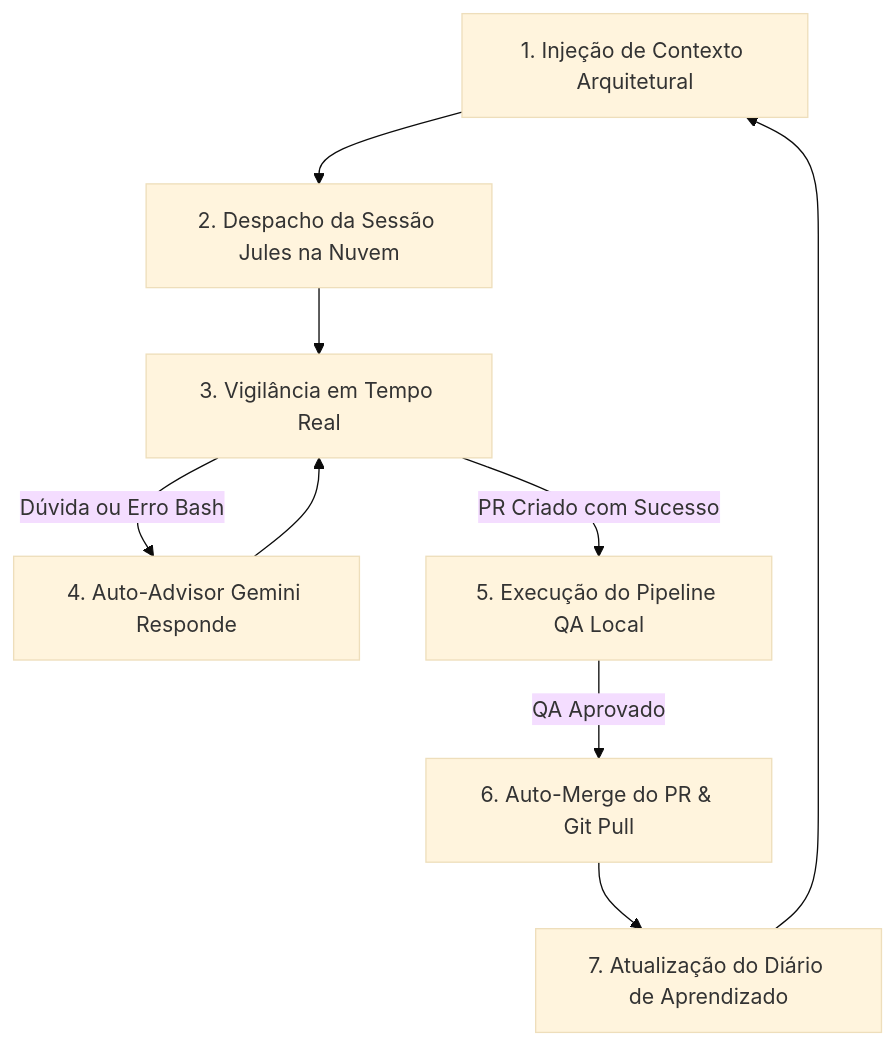
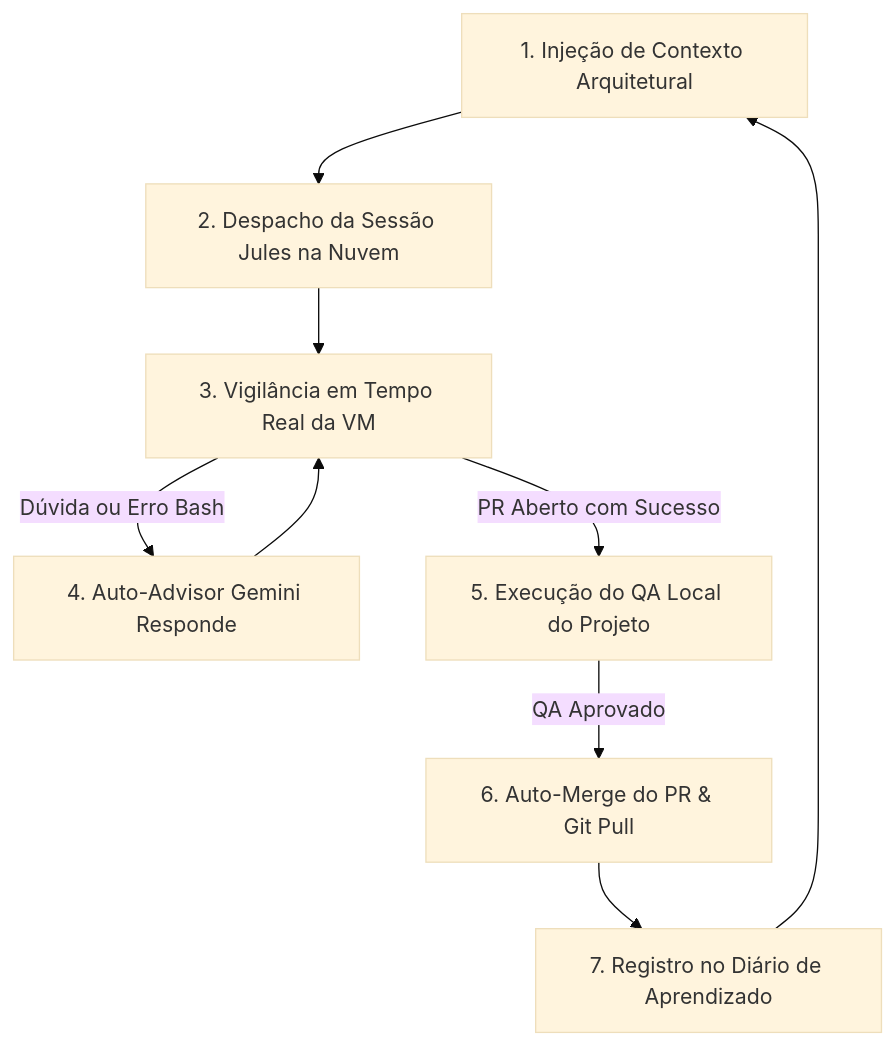
The diagram in .agents/skills/amb-autonomous-pipeline/SKILL.md (DiogoLuisHS/amb_v2), drawn with Mermaid (base theme) before and after one commit. The commit also changed other lines of this file and 8 other files, not shown here.

````diff
--- a/.agents/skills/amb-autonomous-pipeline/SKILL.md
+++ b/.agents/skills/amb-autonomous-pipeline/SKILL.md
@@ -23,11 +25,11 @@
 ```mermaid
 graph TD
     A[1. Injeção de Contexto Arquitetural] --> B[2. Despacho da Sessão Jules na Nuvem]
-    B --> C[3. Vigilância em Tempo Real]
+    B --> C[3. Vigilância em Tempo Real da VM]
     C -->|Dúvida ou Erro Bash| D[4. Auto-Advisor Gemini Responde]
     D --> C
-    C -->|PR Criado com Sucesso| E[5. Execução do Pipeline QA Local]
+    C -->|PR Aberto com Sucesso| E[5. Execução do QA Local do Projeto]
     E -->|QA Aprovado| F[6. Auto-Merge do PR & Git Pull]
-    F --> G[7. Atualização do Diário de Aprendizado]
+    F --> G[7. Registro no Diário de Aprendizado]
     G --> A
 ```
````
